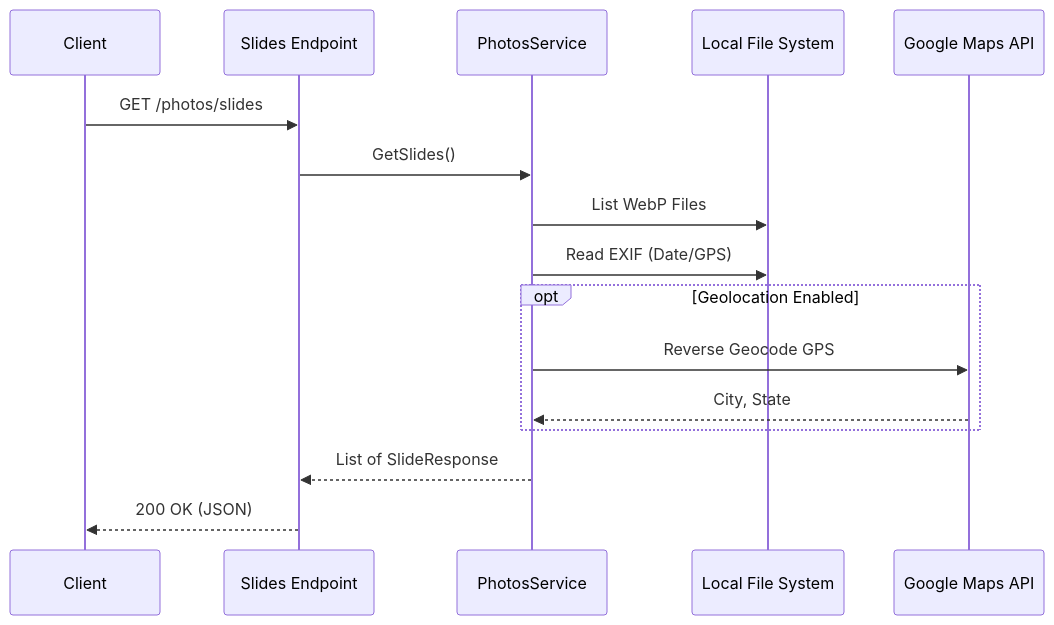
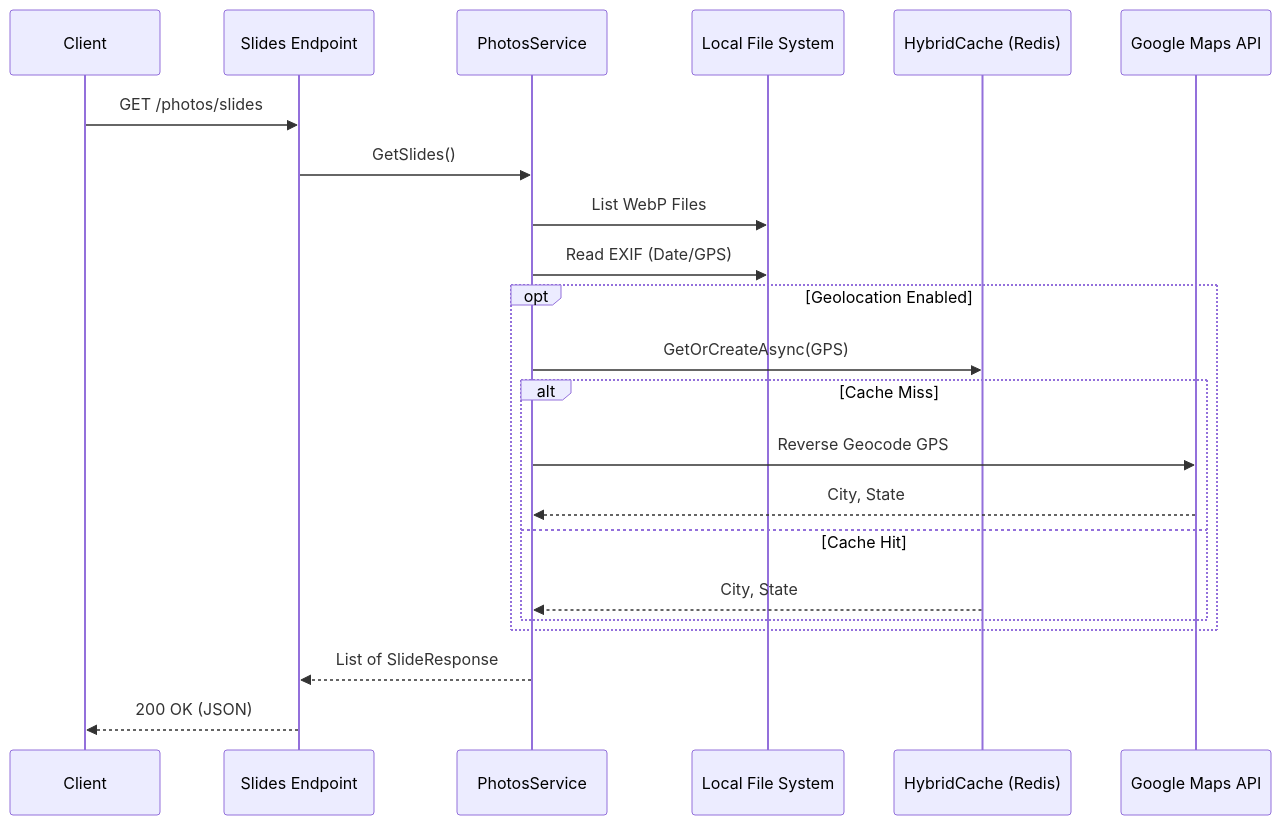
The third of 6 diagrams in docs/architecture.md (esausilva/synology-photos-slideshow-api), drawn with Mermaid before and after one commit. The commit also changed 1 other file, not shown here.

Commit message:
Update documentation: add .NET 10/C# 14 guidelines and hybrid caching to architecture

````diff
--- a/docs/architecture.md
+++ b/docs/architecture.md
@@ -86,19 +86,25 @@
 ```mermaid
 sequenceDiagram
     participant Client
     participant EP as Slides Endpoint
     participant Svc as PhotosService
     participant FS as Local File System
+    participant Cache as HybridCache (Redis)
     participant Google as Google Maps API
 
     Client->>EP: GET /photos/slides
     EP->>Svc: GetSlides()
     Svc->>FS: List WebP Files
     Svc->>FS: Read EXIF (Date/GPS)
     opt Geolocation Enabled
-        Svc->>Google: Reverse Geocode GPS
-        Google-->>Svc: City, State
+        Svc->>Cache: GetOrCreateAsync(GPS)
+        alt Cache Miss
+            Svc->>Google: Reverse Geocode GPS
+            Google-->>Svc: City, State
+        else Cache Hit
+            Cache-->>Svc: City, State
+        end
     end
     Svc-->>EP: List of SlideResponse
     EP-->>Client: 200 OK (JSON)
 ```
````
